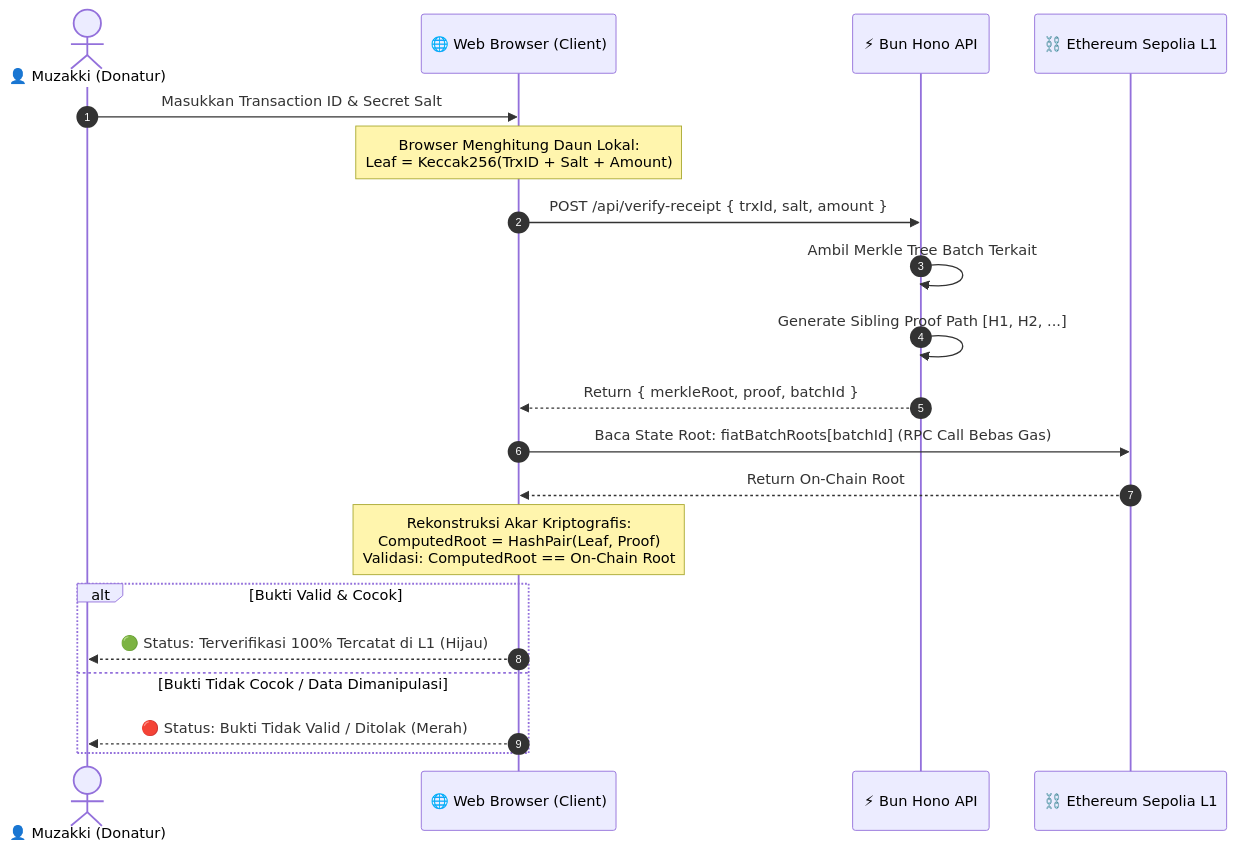
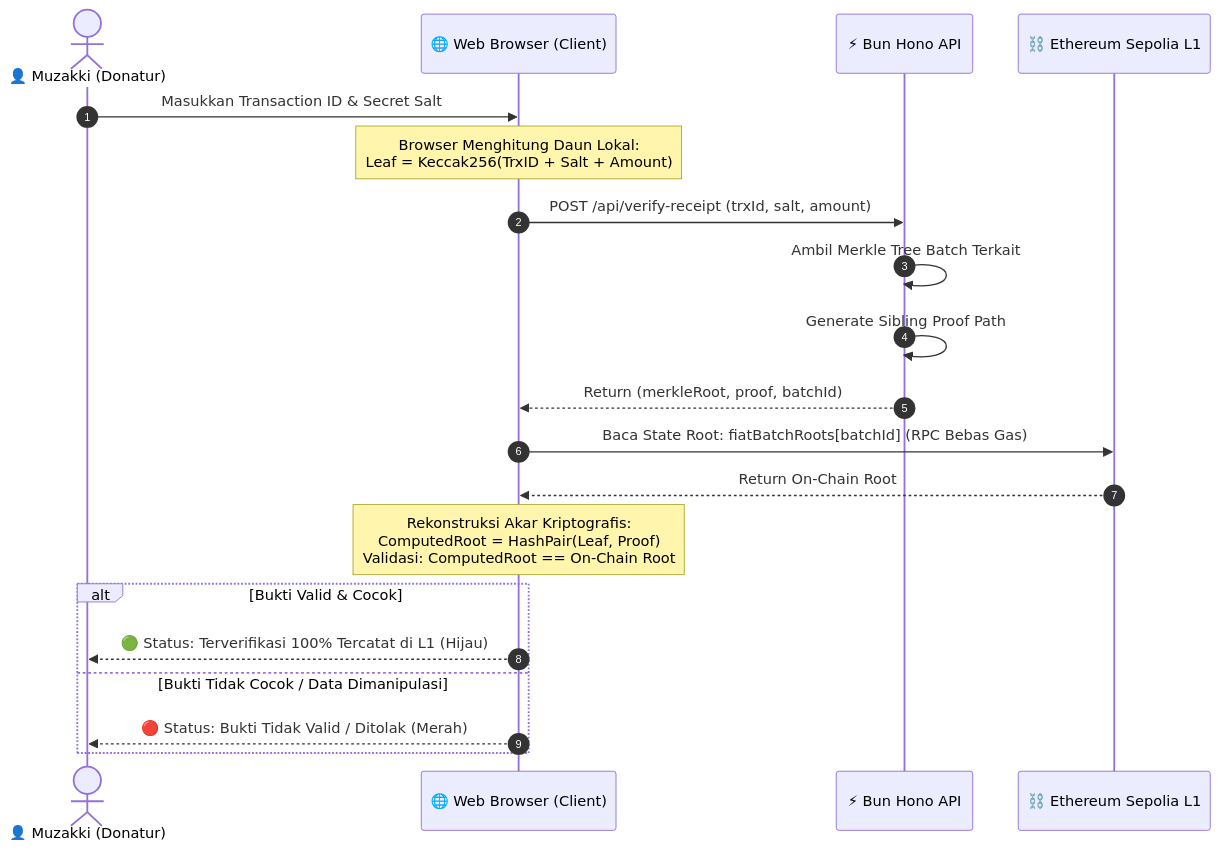
One commit to tawf-labs/tawf-zakat changed the fifth of 6 diagrams in FLOWCHART.md. Above: the diagram before and after it, drawn with Mermaid. The commit also changed other lines of this file, not shown here.

Commit message:
fix(docs): resolve Mermaid syntax errors in FLOWCHART.md

````diff
--- a/FLOWCHART.md
+++ b/FLOWCHART.md
@@ -189,27 +180,27 @@
 ```mermaid
 sequenceDiagram
     autonumber
     actor Muzakki as 👤 Muzakki (Donatur)
     participant Browser as 🌐 Web Browser (Client)
     participant Backend as ⚡ Bun Hono API
     participant Blockchain as ⛓️ Ethereum Sepolia L1
 
     Muzakki->>Browser: Masukkan Transaction ID & Secret Salt
     Note over Browser: Browser Menghitung Daun Lokal:<br/>Leaf = Keccak256(TrxID + Salt + Amount)
 
-    Browser->>Backend: POST /api/verify-receipt { trxId, salt, amount }
+    Browser->>Backend: POST /api/verify-receipt (trxId, salt, amount)
     Backend->>Backend: Ambil Merkle Tree Batch Terkait
-    Backend->>Backend: Generate Sibling Proof Path [H1, H2, ...]
-    Backend-->>Browser: Return { merkleRoot, proof, batchId }
+    Backend->>Backend: Generate Sibling Proof Path
+    Backend-->>Browser: Return (merkleRoot, proof, batchId)
 
-    Browser->>Blockchain: Baca State Root: fiatBatchRoots[batchId] (RPC Call Bebas Gas)
+    Browser->>Blockchain: Baca State Root: fiatBatchRoots[batchId] (RPC Bebas Gas)
     Blockchain-->>Browser: Return On-Chain Root
 
     Note over Browser: Rekonstruksi Akar Kriptografis:<br/>ComputedRoot = HashPair(Leaf, Proof)<br/>Validasi: ComputedRoot == On-Chain Root
 
     alt Bukti Valid & Cocok
         Browser-->>Muzakki: 🟢 Status: Terverifikasi 100% Tercatat di L1 (Hijau)
     else Bukti Tidak Cocok / Data Dimanipulasi
         Browser-->>Muzakki: 🔴 Status: Bukti Tidak Valid / Ditolak (Merah)
     end
 ```
````
